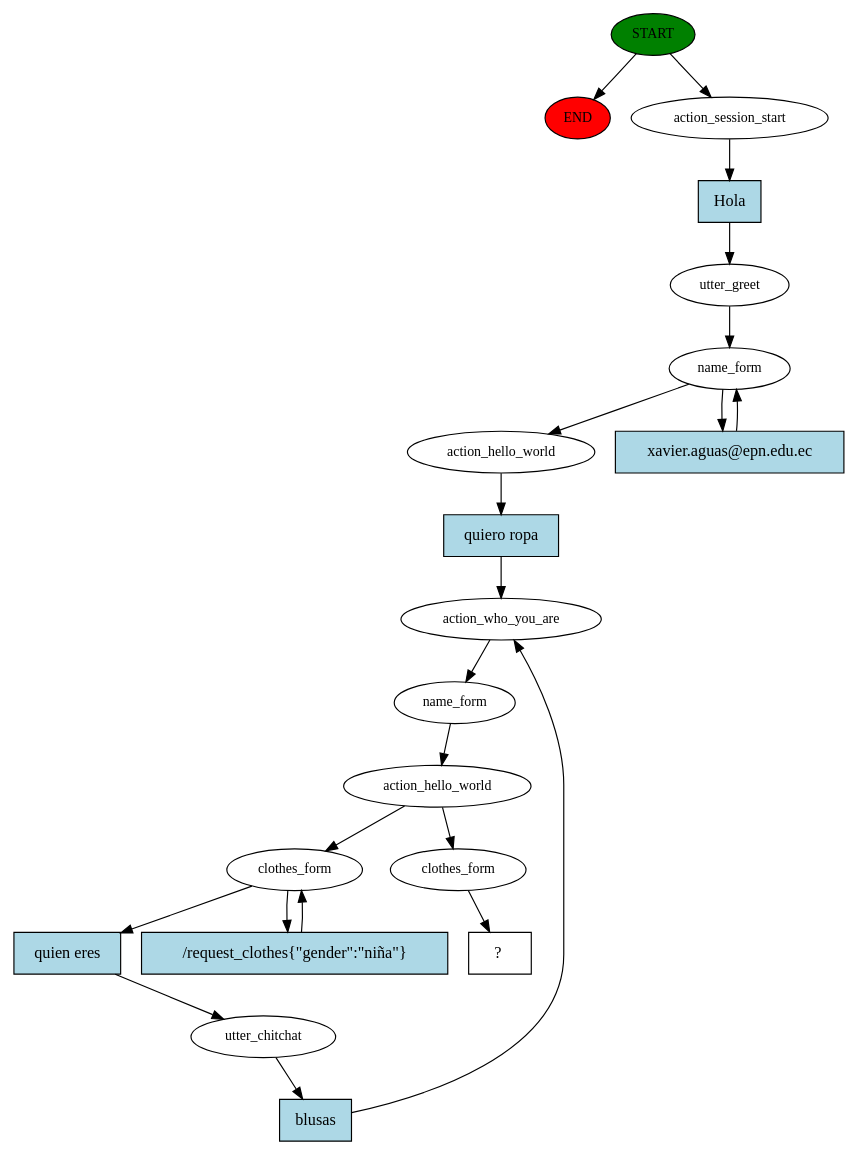
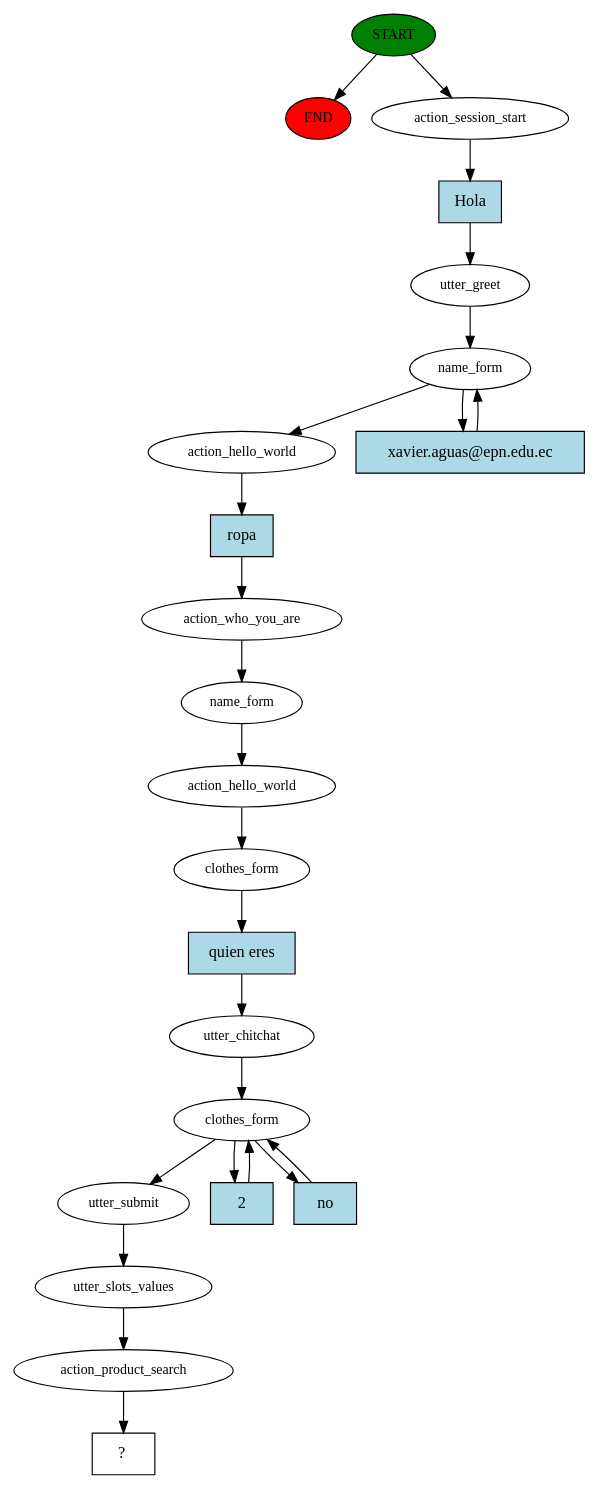
The diagram in story_graph.dot (kabirivan/Ecommerce-Assistant-Jasmine), drawn with Graphviz before and after one commit. The commit also changed 3 other files, not shown here.

```diff
--- a/story_graph.dot
+++ b/story_graph.dot
@@ -1,42 +1,48 @@
 digraph  {
 0 [class="start active", fillcolor=green, fontsize=12, label=START, style=filled];
 "-1" [class=end, fillcolor=red, fontsize=12, label=END, style=filled];
 1 [class=active, fontsize=12, label=action_session_start];
 2 [class=active, fontsize=12, label=utter_greet];
 3 [class=active, fontsize=12, label=name_form];
 6 [class=active, fontsize=12, label=action_hello_world];
 7 [class=active, fontsize=12, label=action_who_you_are];
 8 [class=active, fontsize=12, label=name_form];
 9 [class=active, fontsize=12, label=action_hello_world];
 10 [class=active, fontsize=12, label=clothes_form];
-12 [class=active, fontsize=12, label=utter_chitchat];
-16 [class=active, fontsize=12, label=clothes_form];
-17 [class="intent dashed active", label="  ?  ", shape=rect];
-18 [class="intent active", fillcolor=lightblue, label=Hola, shape=rect, style=filled];
-19 [class="intent active", fillcolor=lightblue, label="xavier.aguas@epn.edu.ec", shape=rect, style=filled];
-20 [class="intent active", fillcolor=lightblue, label="quiero ropa", shape=rect, style=filled];
-21 [class="intent active", fillcolor=lightblue, label="quien eres", shape=rect, style=filled];
-22 [class="intent active", fillcolor=lightblue, label="/request_clothes{\"gender\":\"niña\"}", shape=rect, style=filled];
-23 [class="intent active", fillcolor=lightblue, label=blusas, shape=rect, style=filled];
+11 [class=active, fontsize=12, label=utter_chitchat];
+12 [class=active, fontsize=12, label=clothes_form];
+17 [class=active, fontsize=12, label=utter_submit];
+18 [class=active, fontsize=12, label=utter_slots_values];
+19 [class=active, fontsize=12, label=action_product_search];
+20 [class="intent dashed active", label="  ?  ", shape=rect];
+21 [class="intent active", fillcolor=lightblue, label=Hola, shape=rect, style=filled];
+22 [class="intent active", fillcolor=lightblue, label="xavier.aguas@epn.edu.ec", shape=rect, style=filled];
+23 [class="intent active", fillcolor=lightblue, label=ropa, shape=rect, style=filled];
+24 [class="intent active", fillcolor=lightblue, label="quien eres", shape=rect, style=filled];
+25 [class="intent active", fillcolor=lightblue, label=2, shape=rect, style=filled];
+26 [class="intent active", fillcolor=lightblue, label=no, shape=rect, style=filled];
 0 -> "-1"  [class="", key=NONE, label=""];
 0 -> 1  [class=active, key=NONE, label=""];
-1 -> 18  [class=active, key=0];
+1 -> 21  [class=active, key=0];
 2 -> 3  [class=active, key=NONE, label=""];
 3 -> 6  [class=active, key=NONE, label=""];
-3 -> 19  [class=active, key=0];
-6 -> 20  [class=active, key=0];
+3 -> 22  [class=active, key=0];
+6 -> 23  [class=active, key=0];
 7 -> 8  [class=active, key=NONE, label=""];
 8 -> 9  [class=active, key=NONE, label=""];
 9 -> 10  [class=active, key=NONE, label=""];
-9 -> 16  [class=active, key=NONE, label=""];
-10 -> 21  [class=active, key=0];
-10 -> 22  [class=active, key=0];
-12 -> 23  [class=active, key=0];
-16 -> 17  [class=active, key=NONE, label=""];
-18 -> 2  [class=active, key=0];
-19 -> 3  [class=active, key=0];
-20 -> 7  [class=active, key=0];
-21 -> 12  [class=active, key=0];
-22 -> 10  [class=active, key=0];
+10 -> 24  [class=active, key=0];
+11 -> 12  [class=active, key=NONE, label=""];
+12 -> 17  [class=active, key=NONE, label=""];
+12 -> 25  [class=active, key=0];
+12 -> 26  [class=active, key=0];
+17 -> 18  [class=active, key=NONE, label=""];
+18 -> 19  [class=active, key=NONE, label=""];
+19 -> 20  [class=active, key=NONE, label=""];
+21 -> 2  [class=active, key=0];
+22 -> 3  [class=active, key=0];
 23 -> 7  [class=active, key=0];
+24 -> 11  [class=active, key=0];
+25 -> 12  [class=active, key=0];
+26 -> 12  [class=active, key=0];
 }
```
